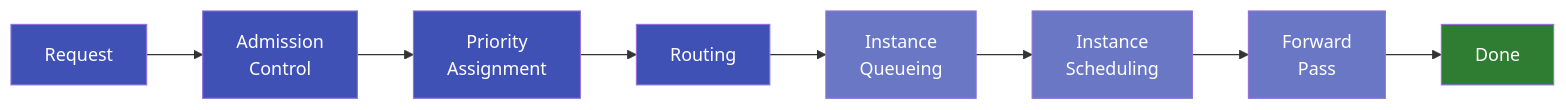
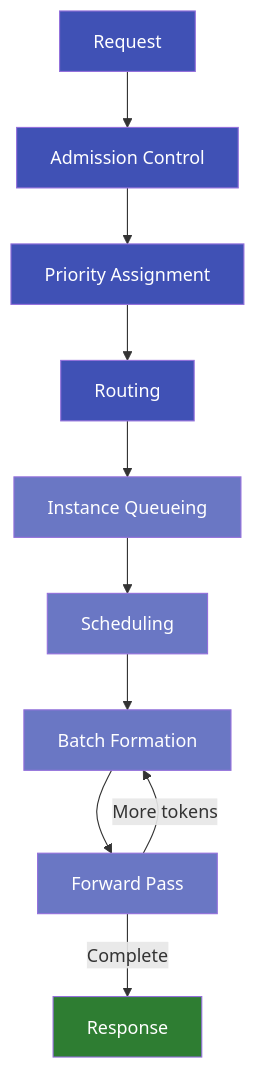
The second of 4 diagrams in docs/blog/posts/why-simulate-before-you-scale.md (inference-sim/inference-sim), drawn with Mermaid before and after one commit. The commit also changed other lines of this file, not shown here.

Commit message:
fix(docs): show cluster→instance spatial layout with batch loop
Redesign the pipeline diagram as a top-down flow: cluster-level
stages (admission, priority, routing) flow horizontally at top,
then drop into the instance level where batch formation and forward
pass loop until all tokens are generated.

````diff
--- a/docs/blog/posts/why-simulate-before-you-scale.md
+++ b/docs/blog/posts/why-simulate-before-you-scale.md
@@ -50,14 +50,20 @@
 ```mermaid
-flowchart LR
-    R["Request"] --> AC["Admission<br>Control"] --> PS["Priority<br>Assignment"] --> RT["Routing"]
-    RT --> IQ["Instance<br>Queueing"] --> IS["Instance<br>Scheduling"] --> FP["Forward<br>Pass"] --> Done["Done"]
+flowchart TD
+    R["Request"] --> AC["Admission Control"] --> PS["Priority Assignment"] --> RT["Routing"]
+    RT --> IQ["Instance Queueing"]
+    IQ --> IS["Scheduling"]
+    IS --> BF["Batch Formation"]
+    BF --> FP["Forward Pass"]
+    FP -->|"More tokens"| BF
+    FP -->|"Complete"| Out["Response"]
 
     style R fill:#4051b5,color:#fff
     style AC fill:#4051b5,color:#fff
     style PS fill:#4051b5,color:#fff
     style RT fill:#4051b5,color:#fff
     style IQ fill:#6a77c4,color:#fff
     style IS fill:#6a77c4,color:#fff
+    style BF fill:#6a77c4,color:#fff
     style FP fill:#6a77c4,color:#fff
-    style Done fill:#2e7d32,color:#fff
+    style Out fill:#2e7d32,color:#fff
 ```
````
